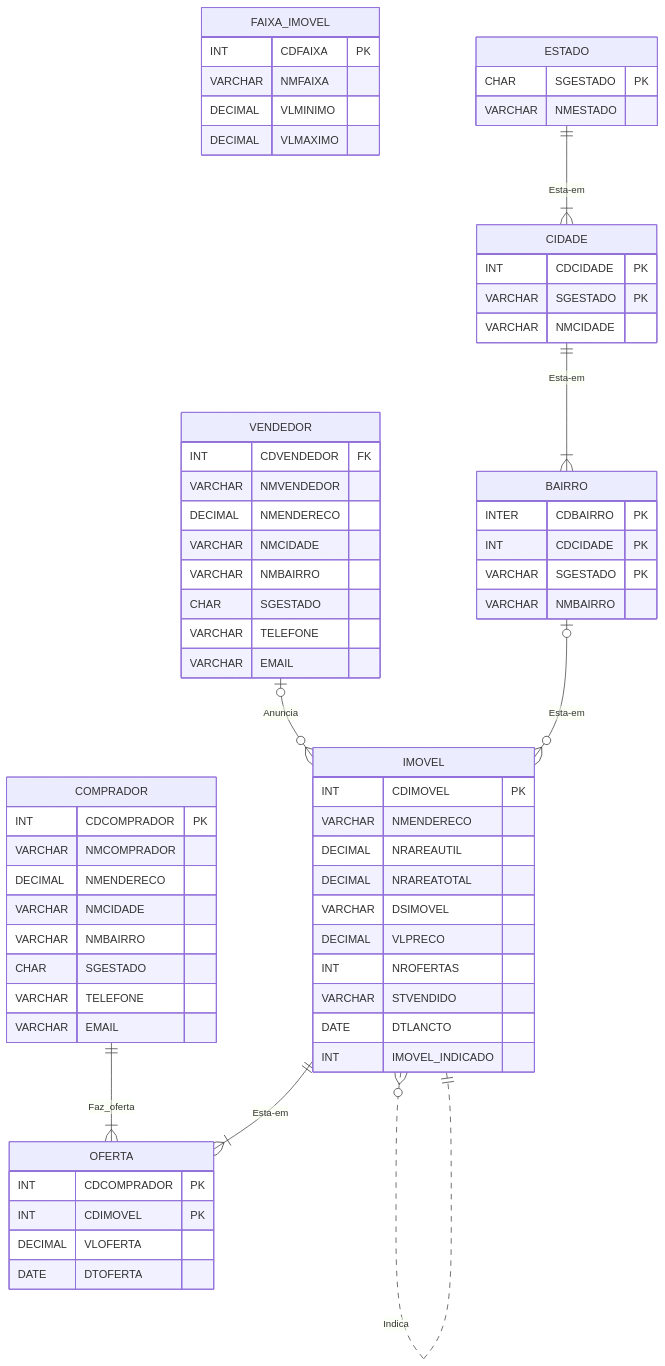
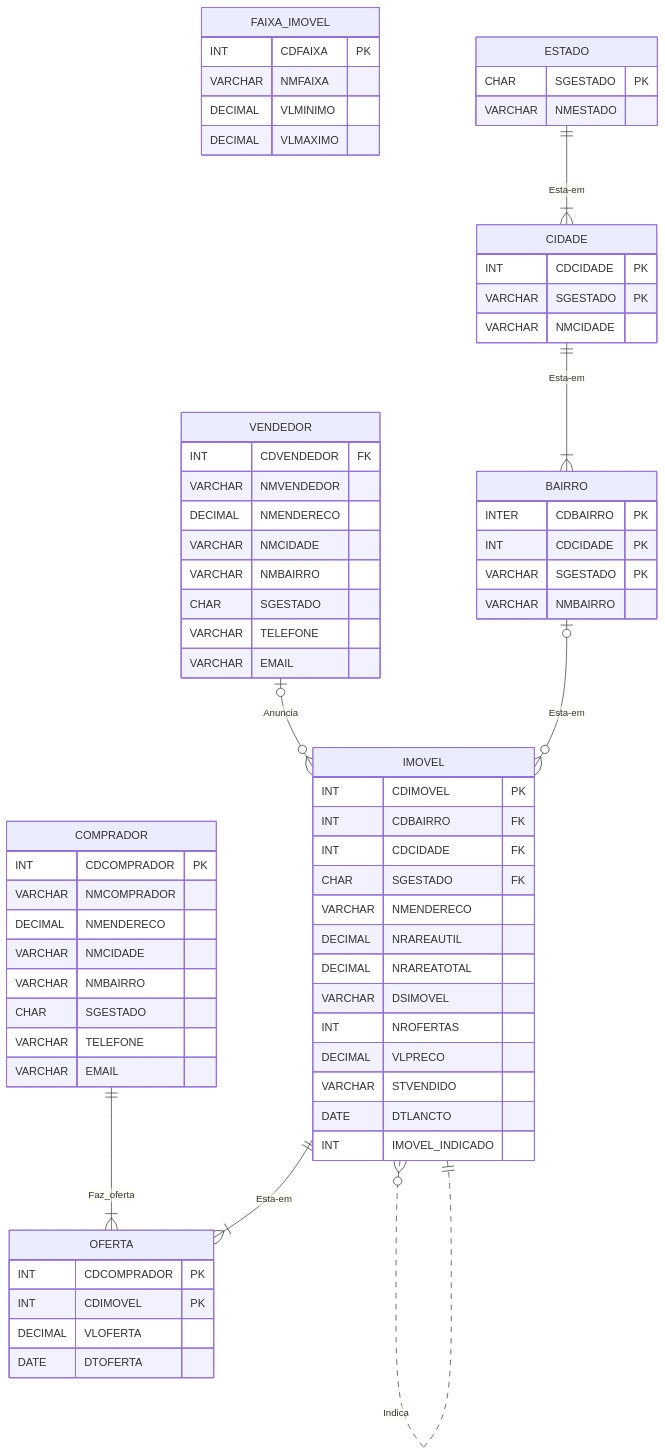
Before and after one commit to marcg-dev/SQLCursoPratico: the seventh of 13 diagrams in pages/Cap2.md, drawn with Mermaid. The commit also changed other lines of this file and 1 other file, not shown here.

````diff
--- a/pages/Cap2.md
+++ b/pages/Cap2.md
@@ -174,69 +175,72 @@
 ```mermaid
 erDiagram
     FAIXA_IMOVEL {
         INT CDFAIXA PK
         VARCHAR NMFAIXA
         DECIMAL VLMINIMO
         DECIMAL VLMAXIMO
     }
     VENDEDOR |o--o{ IMOVEL : Anuncia
     VENDEDOR {
         INT CDVENDEDOR FK
         VARCHAR NMVENDEDOR
         DECIMAL NMENDERECO
         VARCHAR NMCIDADE
         VARCHAR NMBAIRRO
         CHAR SGESTADO
         VARCHAR TELEFONE
         VARCHAR EMAIL
     }
     COMPRADOR ||--|{ OFERTA : Faz_oferta
     COMPRADOR {
         INT CDCOMPRADOR PK
         VARCHAR NMCOMPRADOR
         DECIMAL NMENDERECO
         VARCHAR NMCIDADE
         VARCHAR NMBAIRRO
         CHAR SGESTADO
         VARCHAR TELEFONE
         VARCHAR EMAIL
     }
     IMOVEL }o..|| IMOVEL : Indica
     IMOVEL {
         INT CDIMOVEL PK
+        INT CDBAIRRO FK
+        INT CDCIDADE FK
+        CHAR SGESTADO FK
         VARCHAR NMENDERECO
         DECIMAL NRAREAUTIL
         DECIMAL NRAREATOTAL
         VARCHAR DSIMOVEL
+        INT NROFERTAS
         DECIMAL VLPRECO
-        INT NROFERTAS
         VARCHAR STVENDIDO
         DATE DTLANCTO
         INT IMOVEL_INDICADO
     }
     IMOVEL ||--|{ OFERTA : Esta-em
     OFERTA {
         INT CDCOMPRADOR PK
         INT CDIMOVEL PK
         DECIMAL VLOFERTA
         DATE DTOFERTA
     }
     ESTADO ||--|{ CIDADE : Esta-em
     ESTADO {
         CHAR SGESTADO PK
         VARCHAR NMESTADO
     }
     CIDADE ||--|{ BAIRRO : Esta-em
     CIDADE {
         INT CDCIDADE PK
         VARCHAR SGESTADO PK
         VARCHAR NMCIDADE
     }
     BAIRRO |o--o{ IMOVEL : Esta-em
     BAIRRO {
         INTER CDBAIRRO PK
         INT CDCIDADE PK
         VARCHAR SGESTADO PK
         VARCHAR NMBAIRRO
     }
 ```
````
